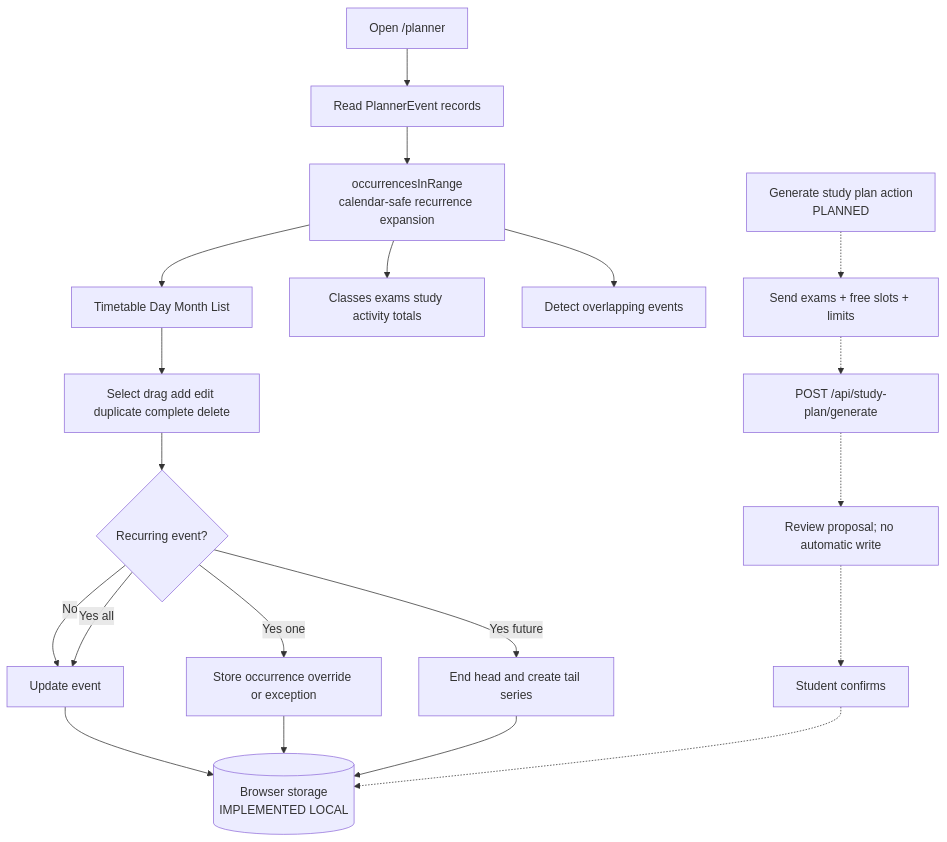
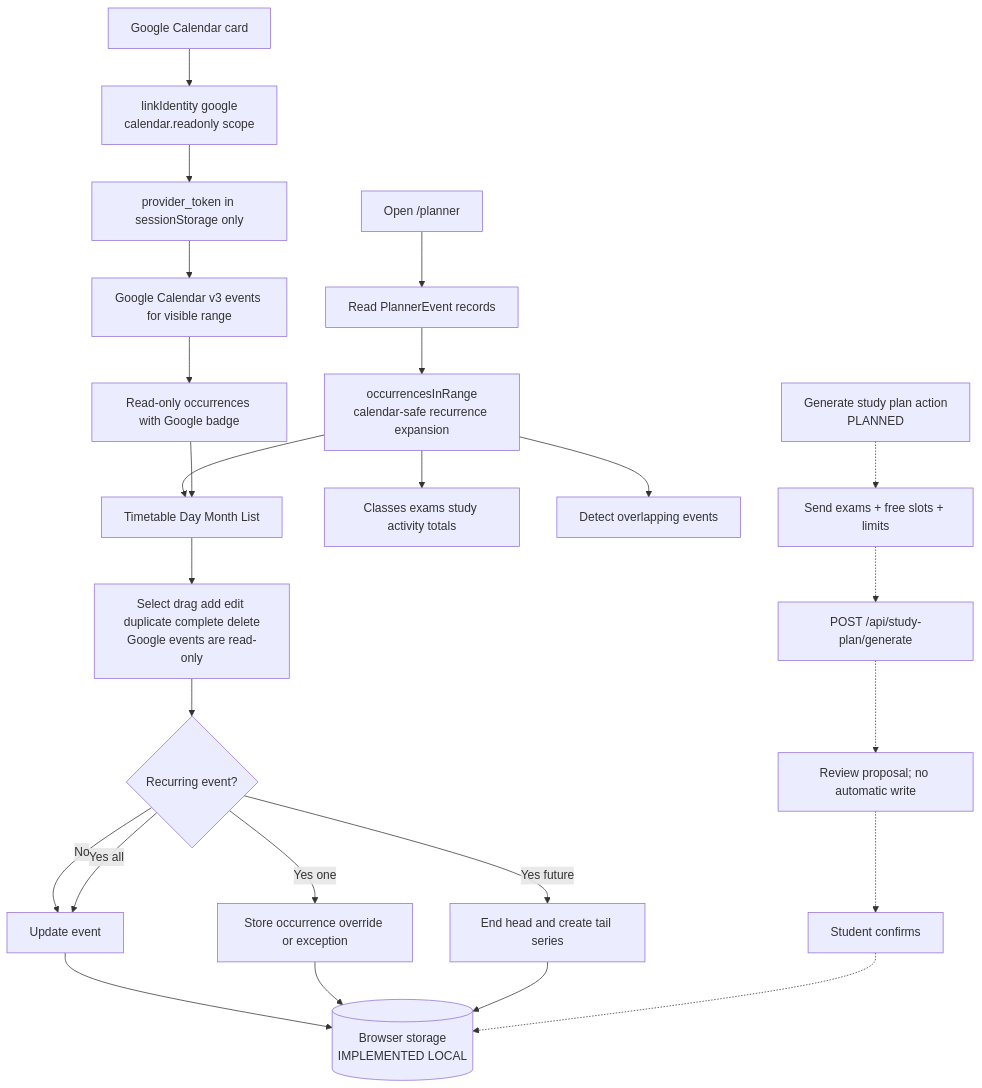
Before and after one commit to keyshavmor/study-swiss-star: the tenth of 20 diagrams in docs/FULL_APP_WIREFRAMES.md, drawn with Mermaid. The commit also changed other lines of this file and 80 other files, not shown here.

````diff
--- a/docs/FULL_APP_WIREFRAMES.md
+++ b/docs/FULL_APP_WIREFRAMES.md
@@ -360,22 +360,27 @@
 ```mermaid
 flowchart TD
   Open[Open /planner] --> Events[Read PlannerEvent records]
   Events --> Expand[occurrencesInRange\ncalendar-safe recurrence expansion]
   Expand --> Views[Timetable Day Month List]
   Expand --> Totals[Classes exams study activity totals]
   Expand --> Conflict[Detect overlapping events]
-  Views --> Interact[Select drag add edit duplicate complete delete]
+  Google[Google Calendar card] --> Link[linkIdentity google\ncalendar.readonly scope]
+  Link --> Token[provider_token in sessionStorage only]
+  Token --> Fetch[Google Calendar v3 events for visible range]
+  Fetch --> Merge[Read-only occurrences with Google badge]
+  Merge --> Views
+  Views --> Interact[Select drag add edit duplicate complete delete\nGoogle events are read-only]
   Interact --> Scope{Recurring event?}
   Scope -->|No| Series[Update event]
   Scope -->|Yes one| Override[Store occurrence override or exception]
   Scope -->|Yes future| Split[End head and create tail series]
   Scope -->|Yes all| Series
   Series --> Store[(Browser storage\nIMPLEMENTED LOCAL)]
   Override --> Store
   Split --> Store
   Generate[Generate study plan action\nPLANNED] -.-> Context[Send exams + free slots + limits]
   Context -.-> Python[POST /api/study-plan/generate]
   Python -.-> Review[Review proposal; no automatic write]
   Review -.-> Confirm[Student confirms]
   Confirm -.-> Store
 ```
````
